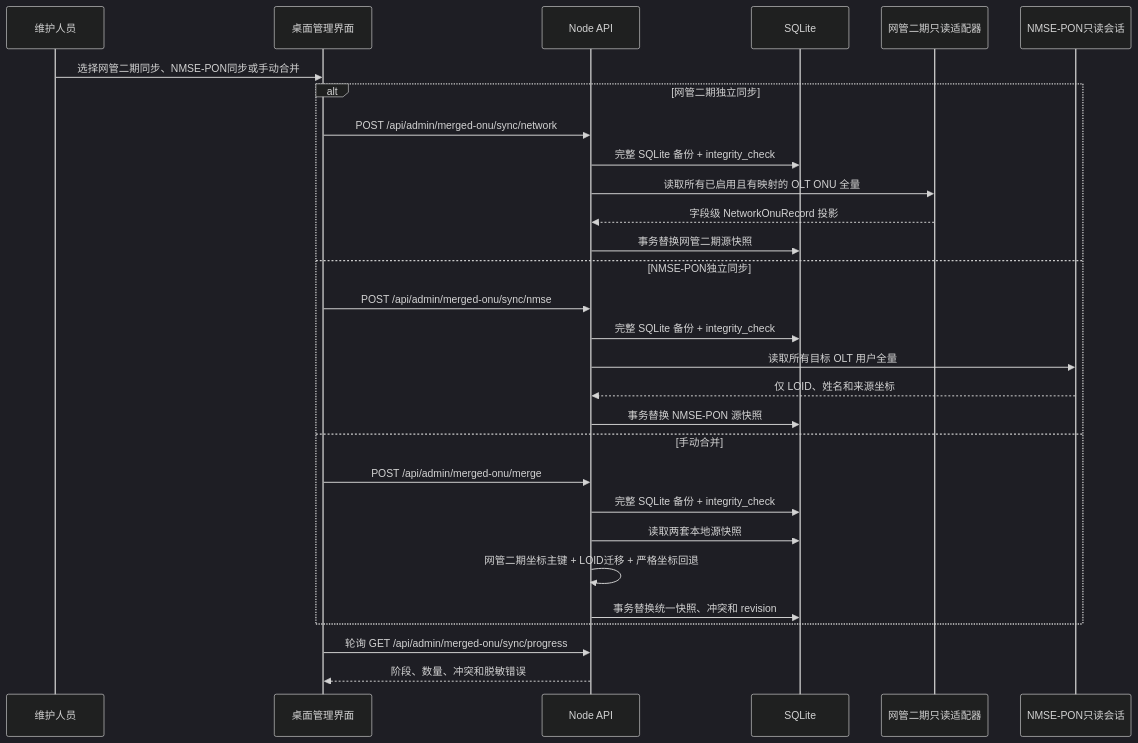
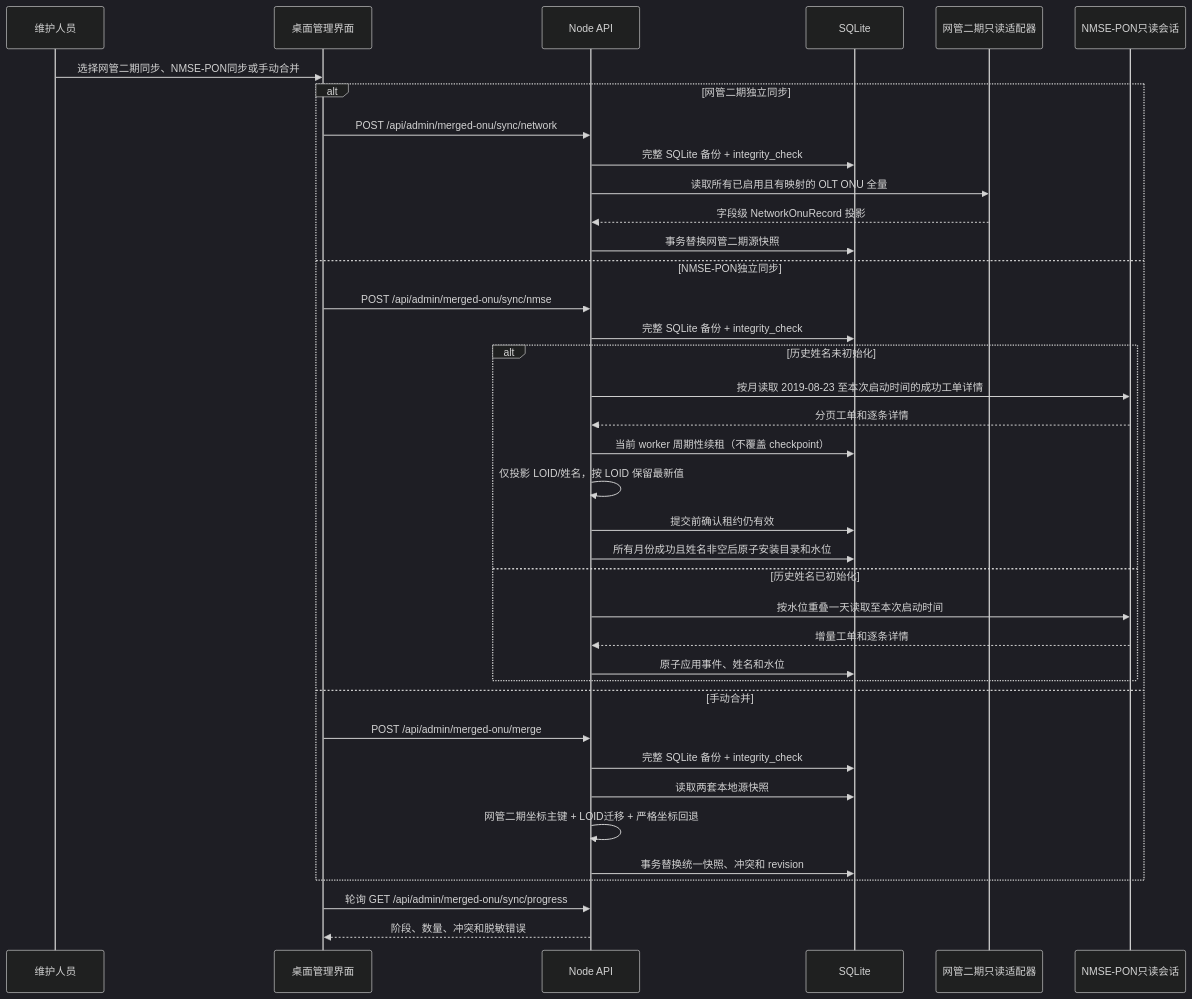
Before and after one commit to landvd/OLT-Manager: diagram 12 of 14 in docs/design/sequence.md, drawn with Mermaid (dark theme). The commit also changed other lines of this file and 48 other files, not shown here.

````diff
--- a/docs/design/sequence.md
+++ b/docs/design/sequence.md
@@ -313,32 +313,41 @@
 ```mermaid
 sequenceDiagram
   participant User as 维护人员
   participant Browser as 桌面管理界面
   participant API as Node API
   participant DB as SQLite
   participant NGB as 网管二期只读适配器
   participant NMSE as NMSE-PON只读会话
 
   User->>Browser: 选择网管二期同步、NMSE-PON同步或手动合并
   alt 网管二期独立同步
     Browser->>API: POST /api/admin/merged-onu/sync/network
     API->>DB: 完整 SQLite 备份 + integrity_check
     API->>NGB: 读取所有已启用且有映射的 OLT ONU 全量
     NGB-->>API: 字段级 NetworkOnuRecord 投影
     API->>DB: 事务替换网管二期源快照
   else NMSE-PON独立同步
     Browser->>API: POST /api/admin/merged-onu/sync/nmse
     API->>DB: 完整 SQLite 备份 + integrity_check
-    API->>NMSE: 读取所有目标 OLT 用户全量
-    NMSE-->>API: 仅 LOID、姓名和来源坐标
-    API->>DB: 事务替换 NMSE-PON 源快照
+    alt 历史姓名未初始化
+      API->>NMSE: 按月读取 2019-08-23 至本次启动时间的成功工单详情
+      NMSE-->>API: 分页工单和逐条详情
+      API->>DB: 当前 worker 周期性续租（不覆盖 checkpoint）
+      API->>API: 仅投影 LOID/姓名，按 LOID 保留最新值
+      API->>DB: 提交前确认租约仍有效
+      API->>DB: 所有月份成功且姓名非空后原子安装目录和水位
+    else 历史姓名已初始化
+      API->>NMSE: 按水位重叠一天读取至本次启动时间
+      NMSE-->>API: 增量工单和逐条详情
+      API->>DB: 原子应用事件、姓名和水位
+    end
   else 手动合并
     Browser->>API: POST /api/admin/merged-onu/merge
     API->>DB: 完整 SQLite 备份 + integrity_check
     API->>DB: 读取两套本地源快照
     API->>API: 网管二期坐标主键 + LOID迁移 + 严格坐标回退
     API->>DB: 事务替换统一快照、冲突和 revision
   end
   Browser->>API: 轮询 GET /api/admin/merged-onu/sync/progress
   API-->>Browser: 阶段、数量、冲突和脱敏错误
 ```
````
